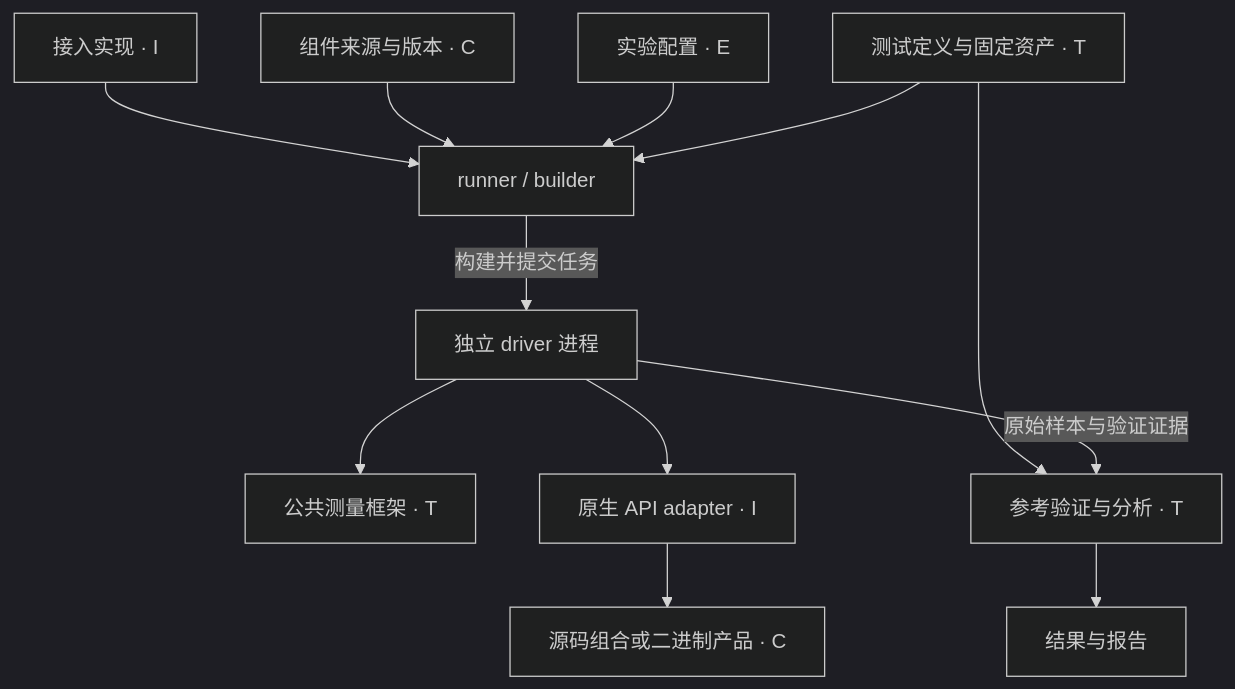
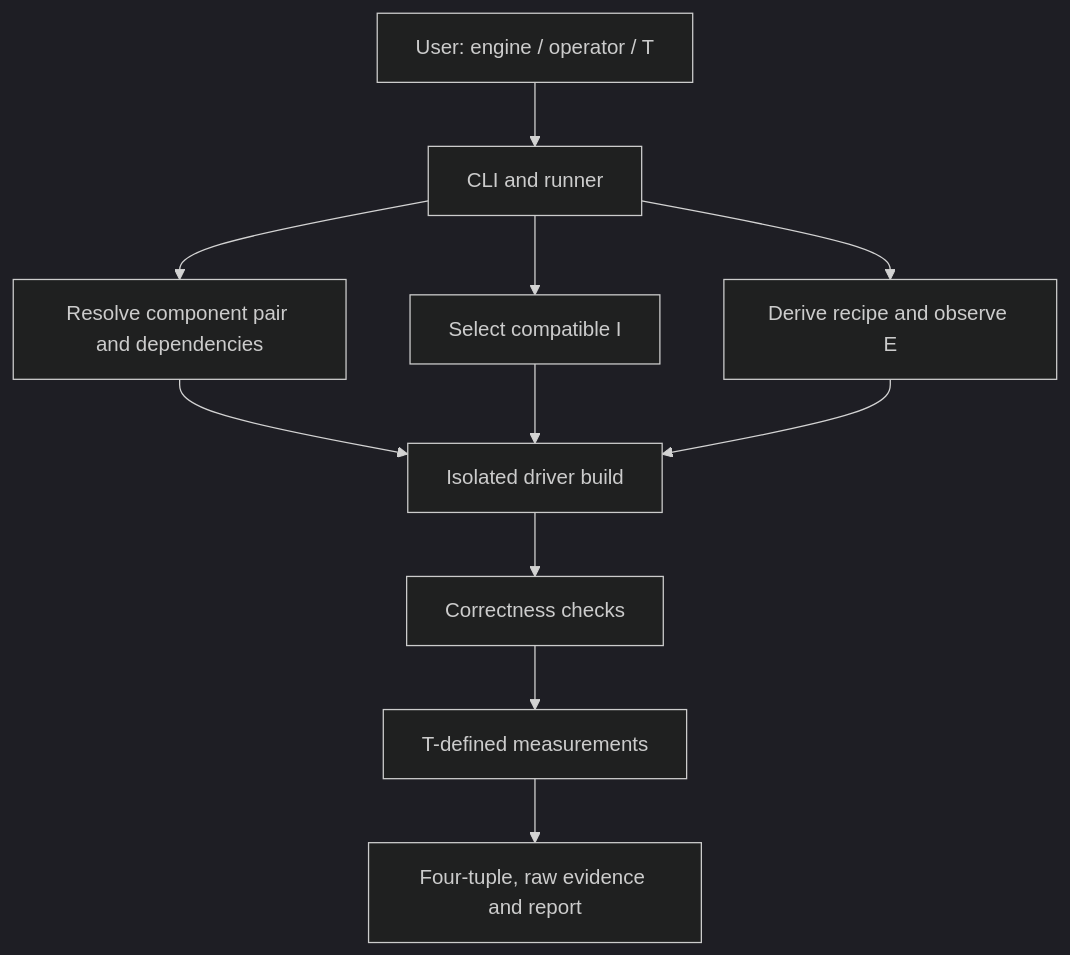
The second of 2 diagrams in DESIGN.md (Gideon-0709/fountain_eval), drawn with Mermaid (dark theme) before and after one commit. The commit also changed other lines of this file and 21 other files, not shown here.

````diff
--- a/DESIGN.md
+++ b/DESIGN.md
@@ -104,14 +84,13 @@
 ```mermaid
 flowchart TD
-    S["测试定义与固定资产 · T"] --> R["runner / builder"]
-    E["实验配置 · E"] --> R
-    C["组件来源与版本 · C"] --> R
-    I["接入实现 · I"] --> R
-    R -->|"构建并提交任务"| D["独立 driver 进程"]
-    D --> M["公共测量框架 · T"]
-    D --> A["原生 API adapter · I"]
-    A --> P["源码组合或二进制产品 · C"]
-    D -->|"原始样本与验证证据"| V["参考验证与分析 · T"]
-    S --> V
-    V --> O["结果与报告"]
+    U["User: engine / operator / T"] --> R["CLI and runner"]
+    R --> C["Resolve component pair and dependencies"]
+    R --> I["Select compatible I"]
+    R --> E["Derive recipe and observe E"]
+    C --> B["Isolated driver build"]
+    I --> B
+    E --> B
+    B --> V["Correctness checks"]
+    V --> M["T-defined measurements"]
+    M --> O["Four-tuple, raw evidence and report"]
 ```
````
